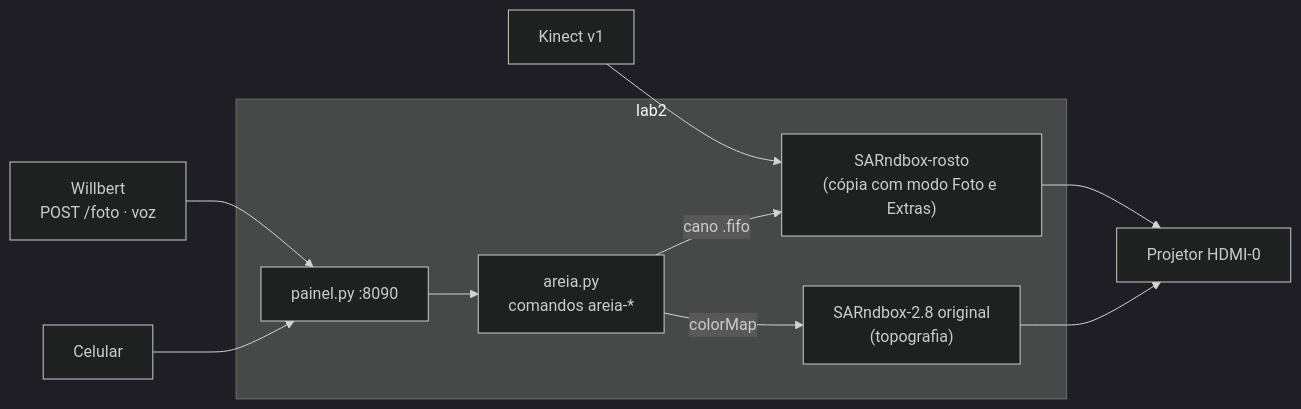
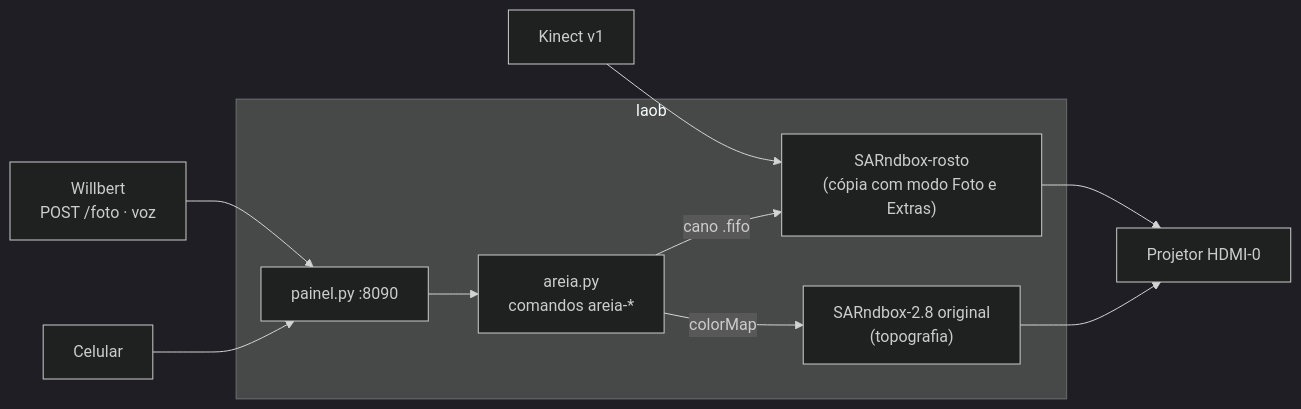
The diagram in README.md (VituColombo0/Projetor-LAOB), drawn with Mermaid (dark theme) before and after one commit. The commit also changed other lines of this file and 5 other files, not shown here.

Commit message:
A máquina se chama laob (não lab2) nos textos

````diff
--- a/README.md
+++ b/README.md
@@ -36,17 +36,17 @@
 ```mermaid
 flowchart LR
     K[Kinect v1] --> SB
-    subgraph PC[lab2]
+    subgraph PC[laob]
         SB["SARndbox-rosto<br/>(cópia com modo Foto e Extras)"]
         ORIG["SARndbox-2.8 original<br/>(topografia)"]
         AR["areia.py<br/>comandos areia-*"]
         PN["painel.py :8090"]
         AR -->|cano .fifo| SB
         AR -->|colorMap| ORIG
         PN --> AR
     end
     WB["Willbert<br/>POST /foto · voz"] --> PN
     CEL[Celular] --> PN
     SB --> PJ[Projetor HDMI-0]
     ORIG --> PJ
 ```
````
